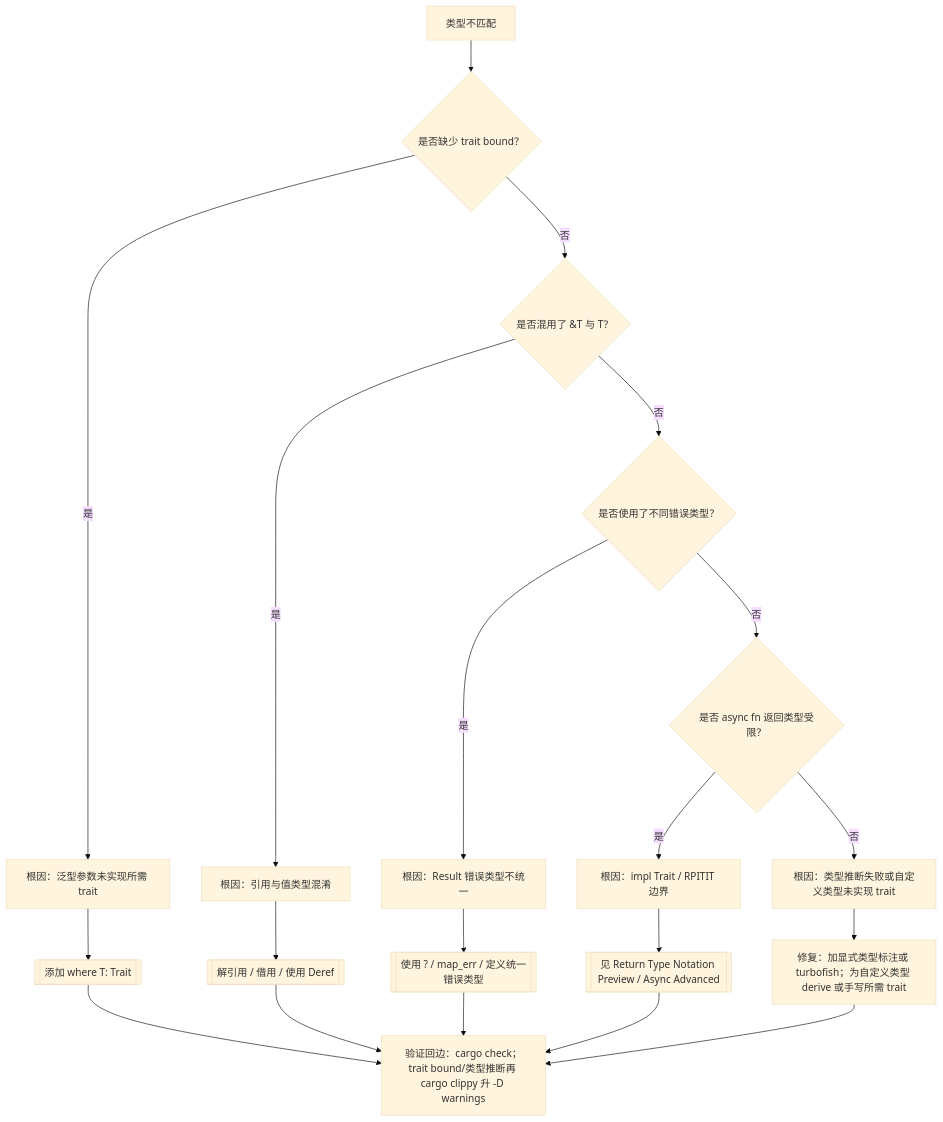
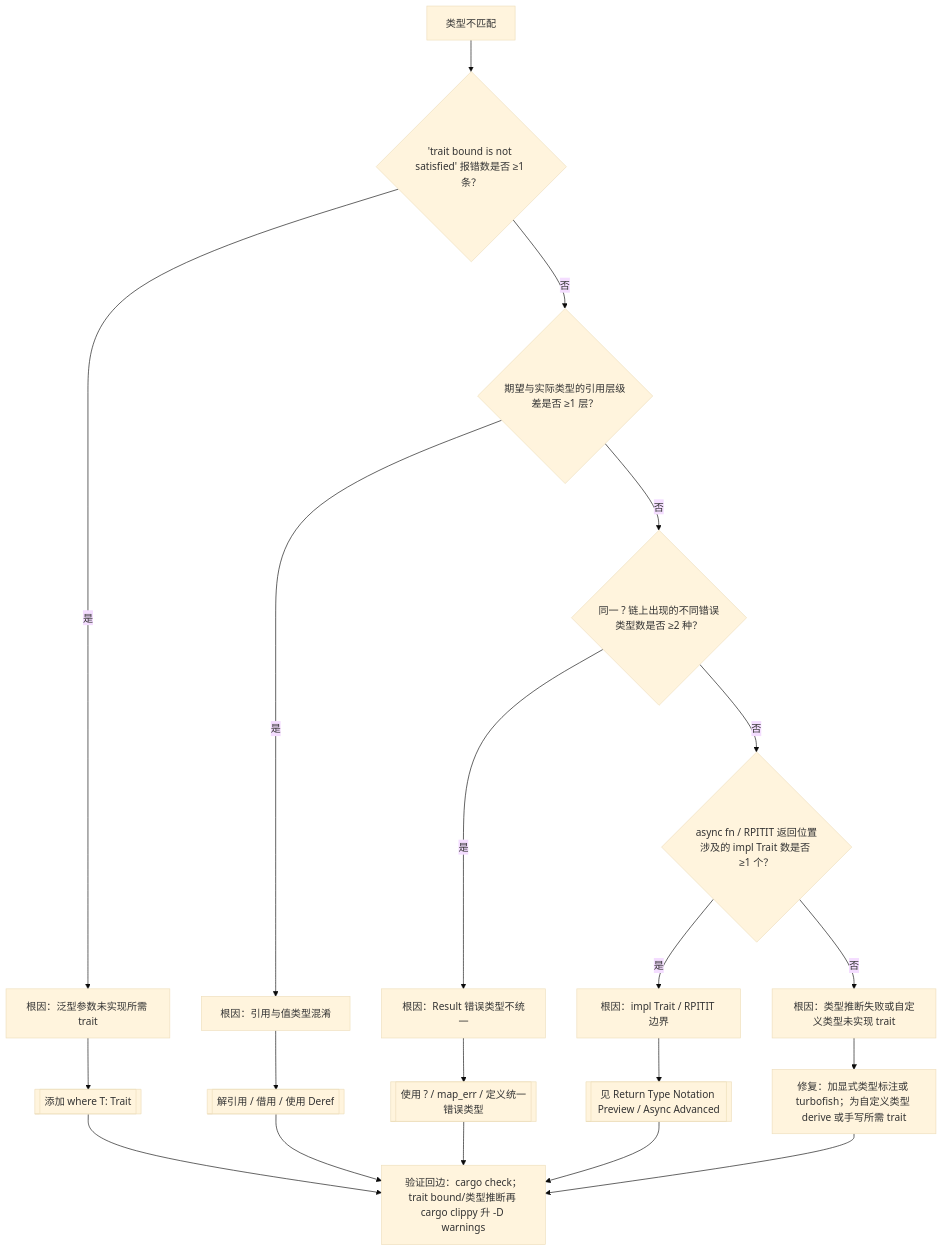
Before and after one commit to martin-ly/rust-lang: the third of 6 diagrams in concept/00_meta/knowledge_topology/09_reasoning_judgment_tree_atlas.md, drawn with Mermaid (base theme). The commit also changed other lines of this file and 183 other files, not shown here.

````diff
--- a/concept/00_meta/knowledge_topology/09_reasoning_judgment_tree_atlas.md
+++ b/concept/00_meta/knowledge_topology/09_reasoning_judgment_tree_atlas.md
@@ -80,22 +80,22 @@
 ```mermaid
 flowchart TD
-    T[类型不匹配] --> Q1{是否缺少 trait bound？}
+    T[类型不匹配] --> Q1{"'trait bound is not satisfied' 报错数是否 ≥1 条？"}
     Q1 -->|是| R1[根因：泛型参数未实现所需 trait]
-    Q1 -->|否| Q2{是否混用了 &T 与 T？}
+    Q1 -->|否| Q2{"期望与实际类型的引用层级差是否 ≥1 层？"}
     Q2 -->|是| R2[根因：引用与值类型混淆]
-    Q2 -->|否| Q3{是否使用了不同错误类型？}
+    Q2 -->|否| Q3{"同一 ? 链上出现的不同错误类型数是否 ≥2 种？"}
     Q3 -->|是| R3[根因：Result 错误类型不统一]
-    Q3 -->|否| Q4{是否 async fn 返回类型受限？}
+    Q3 -->|否| Q4{"async fn / RPITIT 返回位置涉及的 impl Trait 数是否 ≥1 个？"}
     Q4 -->|是| R4[根因：impl Trait / RPITIT 边界]
     Q4 -->|否| R5[根因：类型推断失败或自定义类型未实现 trait]
     R1 --> F1[[添加 where T: Trait]]
     R2 --> F2[[解引用 / 借用 / 使用 Deref]]
     R3 --> F3[[使用 ? / map_err / 定义统一错误类型]]
     R4 --> F4[[见 Return Type Notation Preview / Async Advanced]]
     R5 --> F5[修复：加显式类型标注或 turbofish；为自定义类型 derive 或手写所需 trait]
     F1 --> V3[验证回边：cargo check；trait bound/类型推断再 cargo clippy 升 -D warnings]
     F2 --> V3
     F3 --> V3
     F4 --> V3
     F5 --> V3
 ```
````
